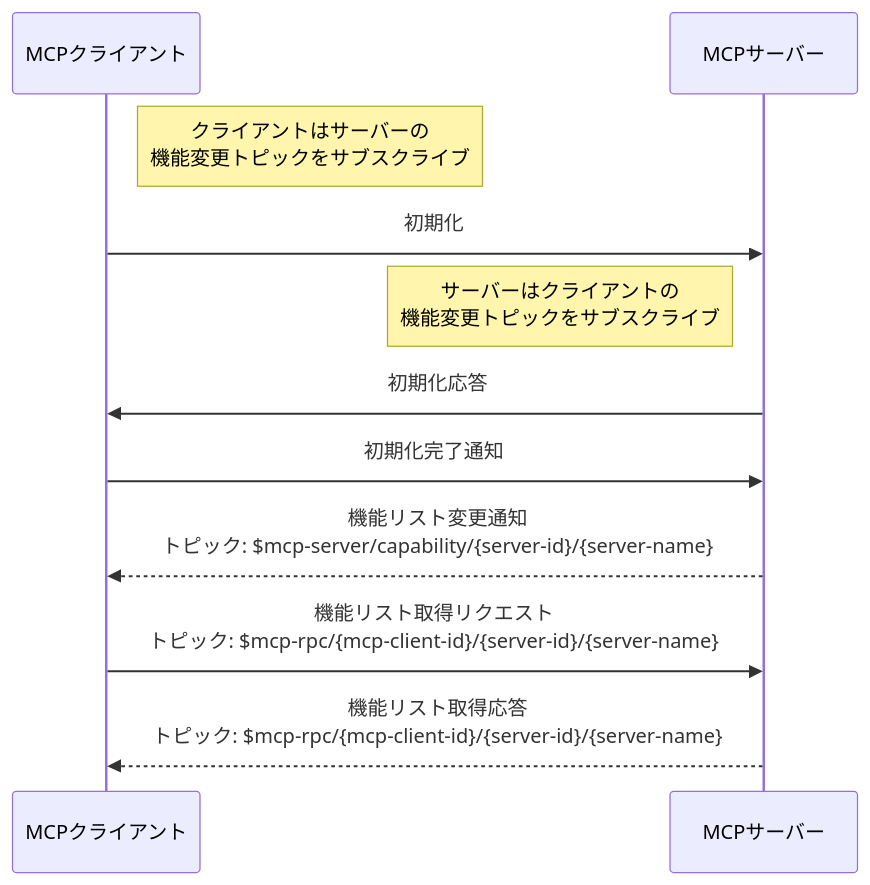
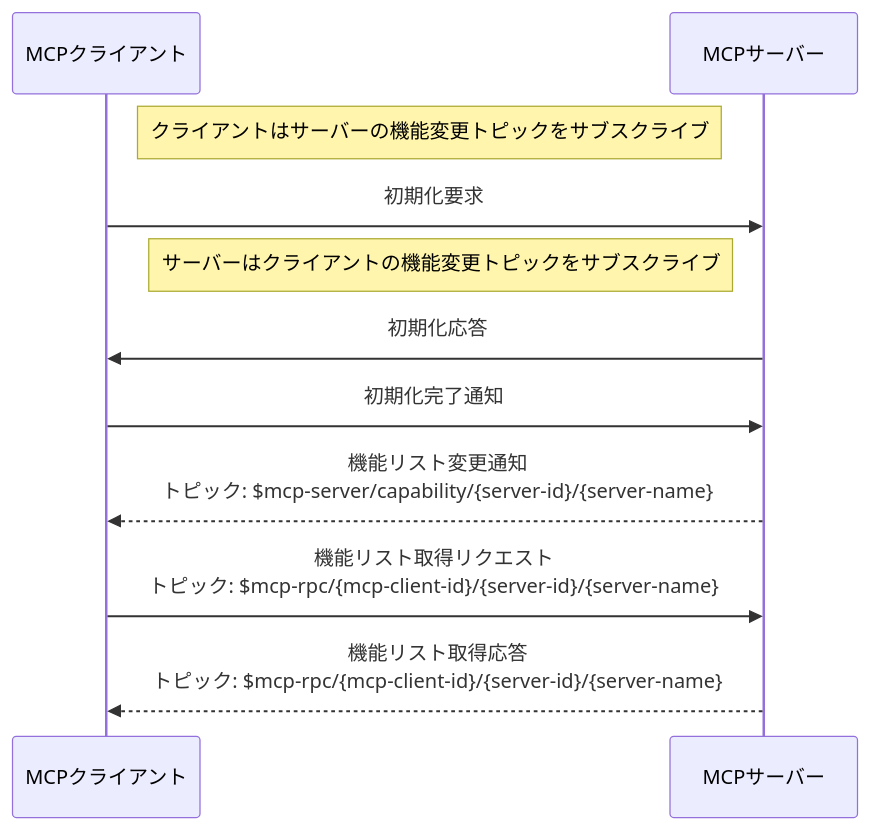
The third of 4 diagrams in ja_JP/develop/emqx-ai/mcp-over-mqtt/specification.md (emqx/emqx-docs), drawn with Mermaid before and after one commit. The commit also changed other lines of this file and 411 other files, not shown here.

````diff
--- a/ja_JP/develop/emqx-ai/mcp-over-mqtt/specification.md
+++ b/ja_JP/develop/emqx-ai/mcp-over-mqtt/specification.md
@@ -331,18 +329,18 @@
 ```mermaid
 sequenceDiagram
     participant MCP_Client as MCPクライアント
     participant MCP_Server as MCPサーバー
 
-    Note right of MCP_Client: クライアントはサーバーの<br/>機能変更トピックをサブスクライブ
-    MCP_Client ->> MCP_Server: 初期化
+    Note right of MCP_Client: クライアントはサーバーの機能変更トピックをサブスクライブ
+    MCP_Client ->> MCP_Server: 初期化要求
 
-    Note left of MCP_Server: サーバーはクライアントの<br/>機能変更トピックをサブスクライブ
+    Note left of MCP_Server: サーバーはクライアントの機能変更トピックをサブスクライブ
     MCP_Server ->> MCP_Client: 初期化応答
     MCP_Client ->> MCP_Server: 初期化完了通知
 
     MCP_Server -->> MCP_Client: 機能リスト変更通知<br/>トピック: $mcp-server/capability/{server-id}/{server-name}
 
     MCP_Client ->> MCP_Server: 機能リスト取得リクエスト<br/>トピック: $mcp-rpc/{mcp-client-id}/{server-id}/{server-name}
 
     MCP_Server -->> MCP_Client: 機能リスト取得応答<br/>トピック: $mcp-rpc/{mcp-client-id}/{server-id}/{server-name}
 ```
````
